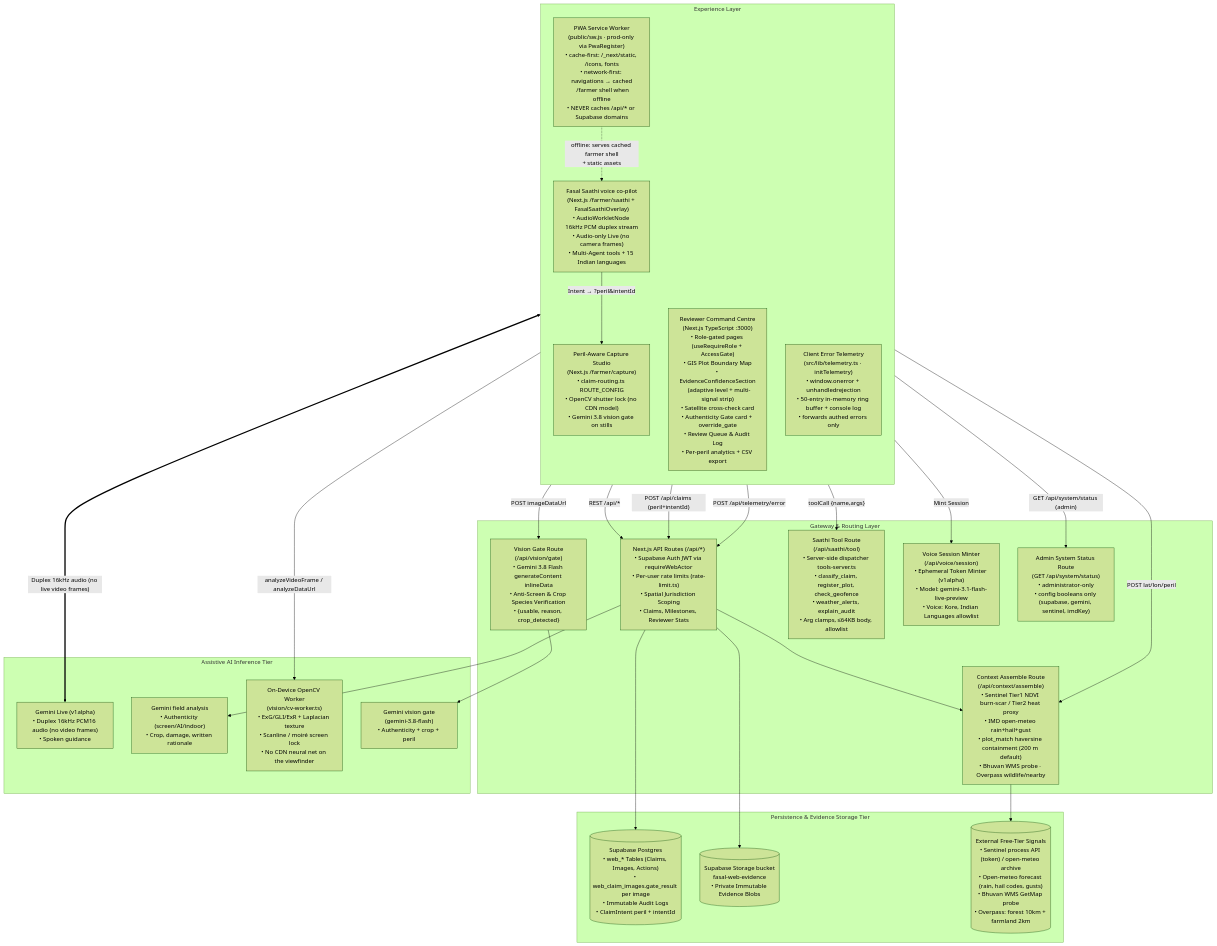
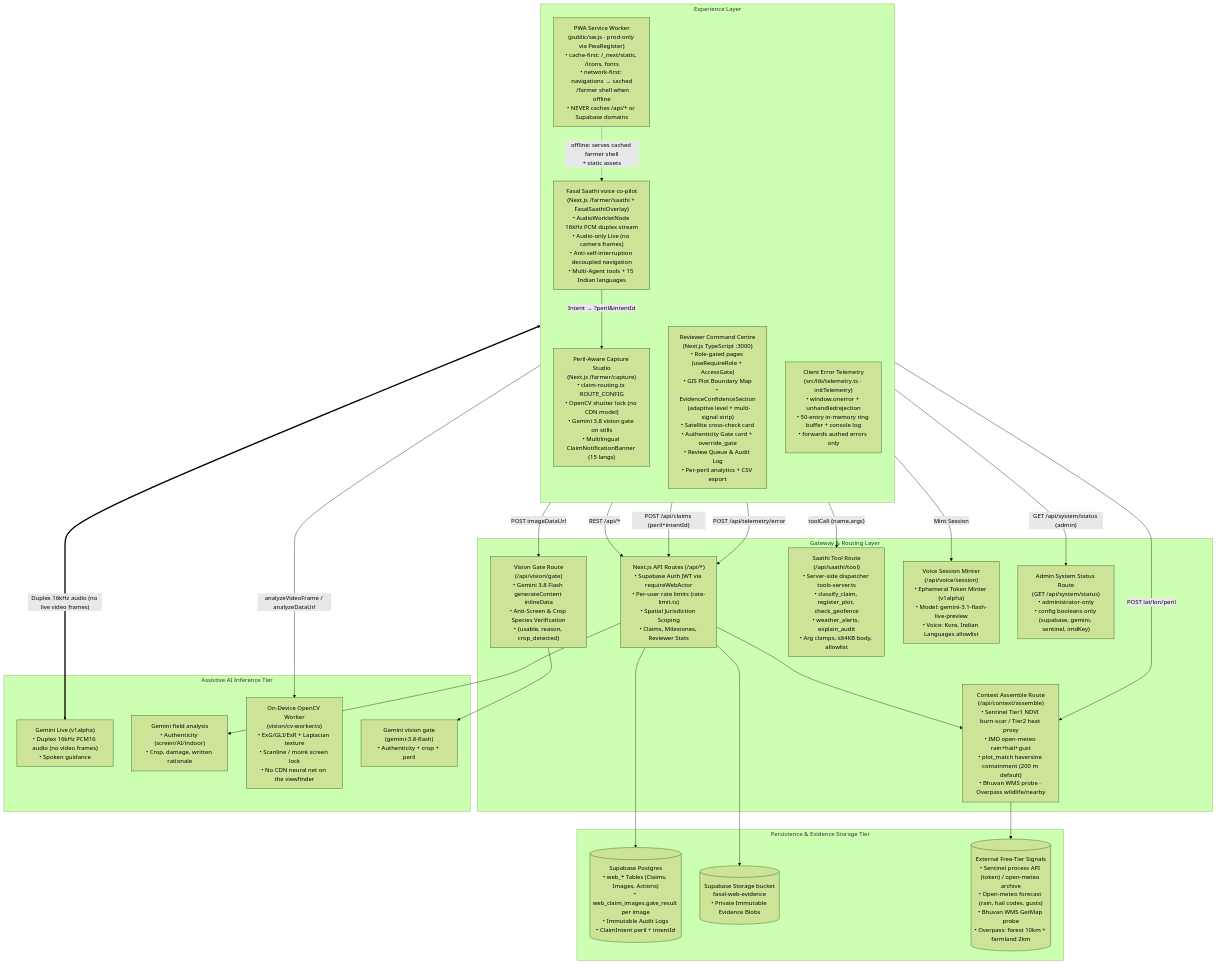
Before and after one commit to dhrrishitvdeka/Fasal-Pramaan: the first of 4 diagrams in docs/architecture.md, drawn with Mermaid (forest theme). The commit also changed other lines of this file and 6 other files, not shown here.

First line of the commit message:
docs: synchronize architecture, API, and voice specs with v2.8.1

````diff
--- a/docs/architecture.md
+++ b/docs/architecture.md
@@ -11,53 +11,53 @@
 ```mermaid
 flowchart TB
   subgraph ExperienceLayer["Experience Layer"]
     direction TB
-    SaathiWeb["Fasal Saathi voice co-pilot\n(Next.js /farmer/saathi + FasalSaathiOverlay)\n• AudioWorkletNode 16kHz PCM duplex stream\n• Audio-only Live (no camera frames)\n• Multi-Agent tools + 15 Indian languages"]
-    CaptureWeb["Peril-Aware Capture Studio\n(Next.js /farmer/capture)\n• claim-routing.ts ROUTE_CONFIG\n• OpenCV shutter lock (no CDN model)\n• Gemini 3.8 vision gate on stills"]
+    SaathiWeb["Fasal Saathi voice co-pilot\n(Next.js /farmer/saathi + FasalSaathiOverlay)\n• AudioWorkletNode 16kHz PCM duplex stream\n• Audio-only Live (no camera frames)\n• Anti-self-interruption decoupled navigation\n• Multi-Agent tools + 15 Indian languages"]
+    CaptureWeb["Peril-Aware Capture Studio\n(Next.js /farmer/capture)\n• claim-routing.ts ROUTE_CONFIG\n• OpenCV shutter lock (no CDN model)\n• Gemini 3.8 vision gate on stills\n• Multilingual ClaimNotificationBanner (15 langs)"]
     Dashboard["Reviewer Command Centre\n(Next.js TypeScript :3000)\n• Role-gated pages (useRequireRole + AccessGate)\n• GIS Plot Boundary Map\n• EvidenceConfidenceSection\n  (adaptive level + multi-signal strip)\n• Satellite cross-check card\n• Authenticity Gate card + override_gate\n• Review Queue & Audit Log\n• Per-peril analytics + CSV export"]
     TelemetryPath["Client Error Telemetry\n(src/lib/telemetry.ts · initTelemetry)\n• window.onerror + unhandledrejection\n• 50-entry in-memory ring buffer + console log\n• forwards authed errors only"]
     PwaShell["PWA Service Worker\n(public/sw.js · prod-only via PwaRegister)\n• cache-first: /_next/static, /icons, fonts\n• network-first: navigations → cached\n  /farmer shell when offline\n• NEVER caches /api/* or Supabase domains"]
   end
 
   subgraph GatewayLayer["Gateway & Routing Layer"]
     API["Next.js API Routes (/api/*)\n• Supabase Auth JWT via requireWebActor\n• Per-user rate limits (rate-limit.ts)\n• Spatial Jurisdiction Scoping\n• Claims, Milestones, Reviewer Stats"]
     VisionGate["Vision Gate Route\n(/api/vision/gate)\n• Gemini 3.8 Flash generateContent inlineData\n• Anti-Screen & Crop Species Verification\n• {usable, reason, crop_detected}"]
     SaathiTool["Saathi Tool Route\n(/api/saathi/tool)\n• Server-side dispatcher tools-server.ts\n• classify_claim, register_plot, check_geofence\n• weather_alerts, explain_audit\n• Arg clamps, ≤64KB body, allowlist"]
     VoiceSession["Voice Session Minter\n(/api/voice/session)\n• Ephemeral Token Minter (v1alpha)\n• Model: gemini-3.1-flash-live-preview\n• Voice: Kore, Indian Languages allowlist"]
     ContextAssemble["Context Assemble Route\n(/api/context/assemble)\n• Sentinel Tier1 NDVI burn-scar / Tier2 heat proxy\n• IMD open-meteo rain+hail+gust\n• plot_match haversine containment (200 m default)\n• Bhuvan WMS probe · Overpass wildlife/nearby"]
     SystemStatus["Admin System Status Route\n(GET /api/system/status)\n• administrator-only\n• config booleans only (supabase, gemini, sentinel, imdKey)"]
   end
 
   subgraph AIServiceTier["Assistive AI Inference Tier"]
     GeminiLive["Gemini Live (v1alpha)\n• Duplex 16kHz PCM16 audio (no video frames)\n• Spoken guidance"]
     GeminiAnalysis["Gemini field analysis\n• Authenticity (screen/AI/indoor)\n• Crop, damage, written rationale"]
     OnDeviceCV["On-Device OpenCV Worker\n(vision/cv-worker.ts)\n• ExG/GLI/ExR + Laplacian texture\n• Scanline / moiré screen lock\n• No CDN neural net on the viewfinder"]
     GeminiLLM["Gemini vision gate\n(gemini-3.8-flash)\n• Authenticity + crop + peril"]
   end
 
   subgraph StorageTier["Persistence & Evidence Storage Tier"]
     Postgres[("Supabase Postgres\n• web_* Tables (Claims, Images, Actions)\n• web_claim_images.gate_result per image\n• Immutable Audit Logs\n• ClaimIntent peril + intentId")]
     Storage[("Supabase Storage bucket\nfasal-web-evidence\n• Private Immutable Evidence Blobs")]
     ExternalSignals[("External Free-Tier Signals\n• Sentinel process API (token) / open-meteo archive\n• Open-meteo forecast (rain, hail codes, gusts)\n• Bhuvan WMS GetMap probe\n• Overpass: forest 10km + farmland 2km")]
   end
 
   SaathiWeb <== "Duplex 16kHz audio (no live video frames)" ==> GeminiLive
   API --> GeminiAnalysis
   SaathiWeb -->|"Mint Session"| VoiceSession
   SaathiWeb -->|"Intent → ?peril&intentId"| CaptureWeb
   SaathiWeb -->|"toolCall {name,args}"| SaathiTool
   CaptureWeb -->|"analyzeVideoFrame / analyzeDataUrl"| OnDeviceCV
   CaptureWeb -->|"POST imageDataUrl"| VisionGate
   VisionGate --> GeminiLLM
   CaptureWeb -->|"POST lat/lon/peril"| ContextAssemble
   ContextAssemble --> ExternalSignals
   Dashboard -->|"REST /api/*"| API
   Dashboard -->|"GET /api/system/status (admin)"| SystemStatus
   CaptureWeb -->|"POST /api/claims (peril+intentId)"| API
   PwaShell -.->|"offline: serves cached farmer shell\n+ static assets"| SaathiWeb
   TelemetryPath -->|"POST /api/telemetry/error"| API
 
   API --> Postgres
   API --> Storage
   API --> ContextAssemble
 ```
````
